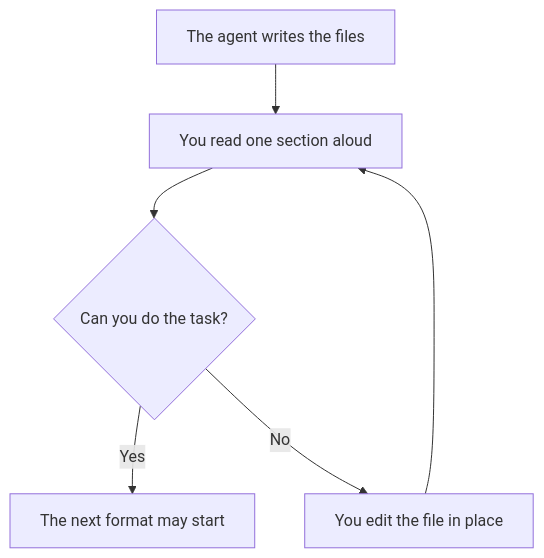
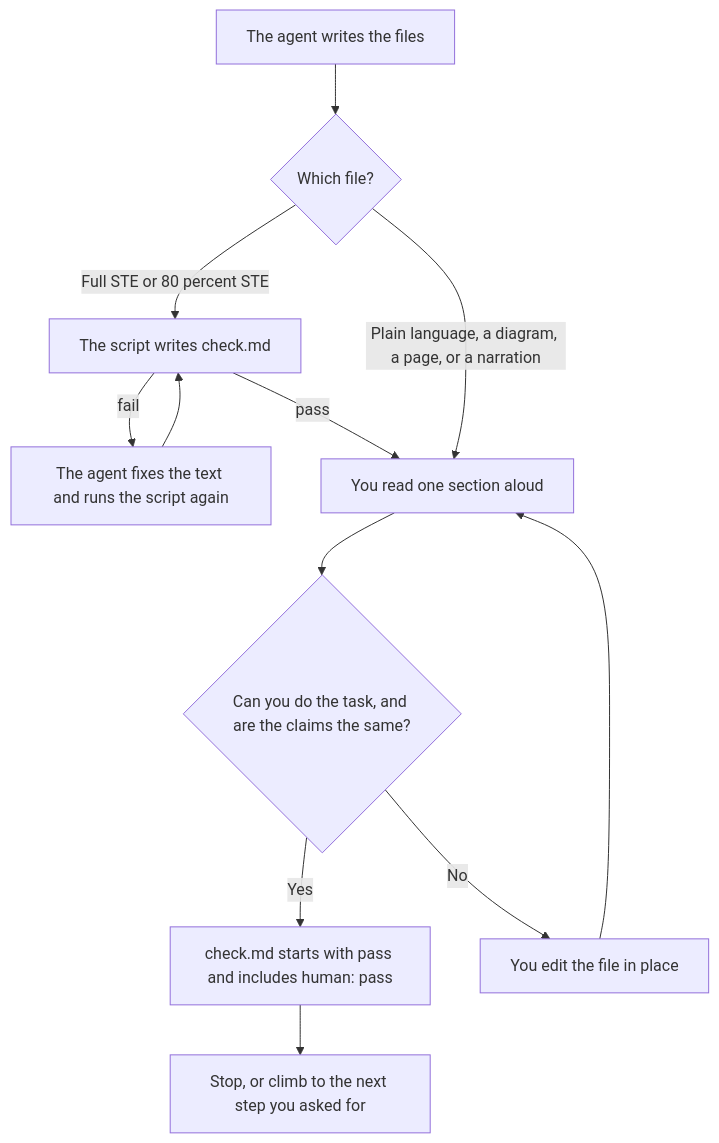
The sixth of 7 diagrams in README.md (dvogeldev/doc-clarity), drawn with Mermaid before and after one commit. The commit also changed other lines of this file and 1 other file, not shown here.

First line of the commit message:
Expand the public README into the full human guide.

````diff
--- a/README.md
+++ b/README.md
@@ -50,8 +205,14 @@
 ```mermaid
 flowchart TD
-  draft[The agent writes the files] --> read[You read one section aloud]
-  read --> able{Can you do the task?}
-  able -->|Yes| next[The next format may start]
+  draft[The agent writes the files] --> kind{Which file?}
+  kind -->|Full STE or 80 percent STE| script[The script writes check.md]
+  script -->|fail| repair[The agent fixes the text and runs the script again]
+  repair --> script
+  script -->|pass| read[You read one section aloud]
+  kind -->|Plain language, a diagram, a page, or a narration| read
+  read --> able{Can you do the task, and are the claims the same?}
+  able -->|Yes| mark["check.md starts with pass and includes human: pass"]
   able -->|No| edit[You edit the file in place]
   edit --> read
+  mark --> stop[Stop, or climb to the next step you asked for]
 ```
````
